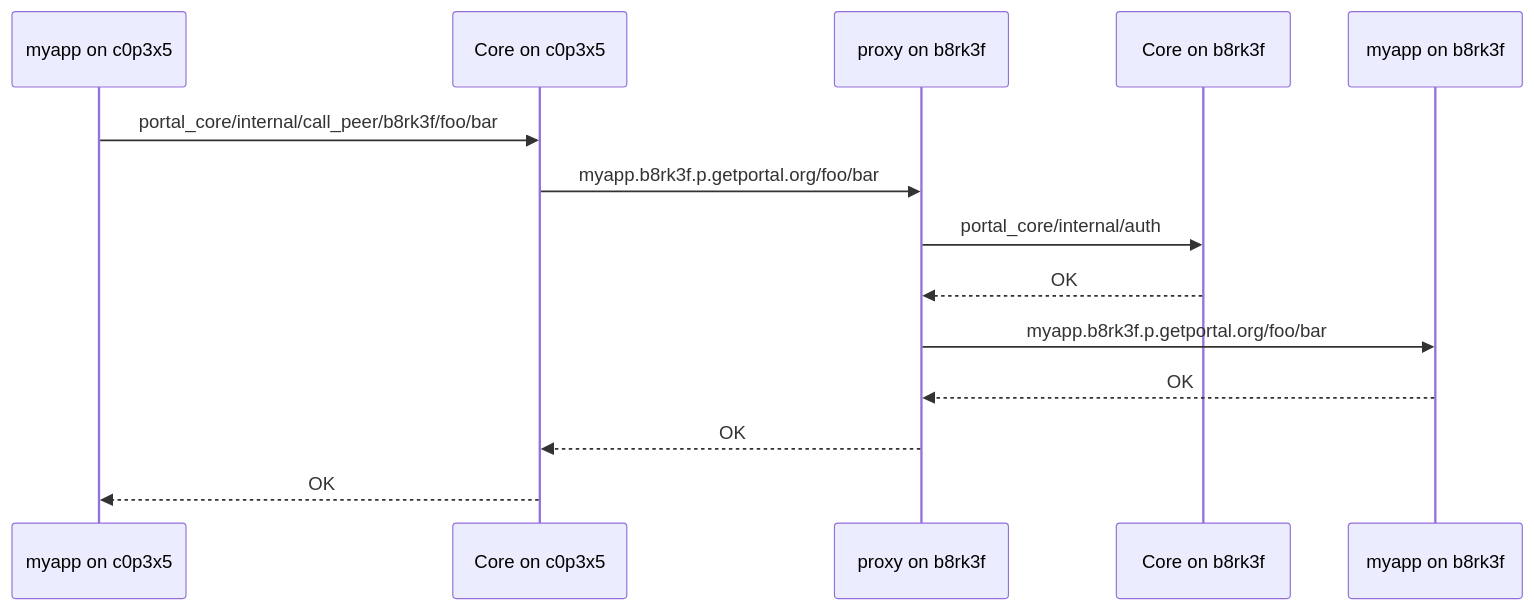
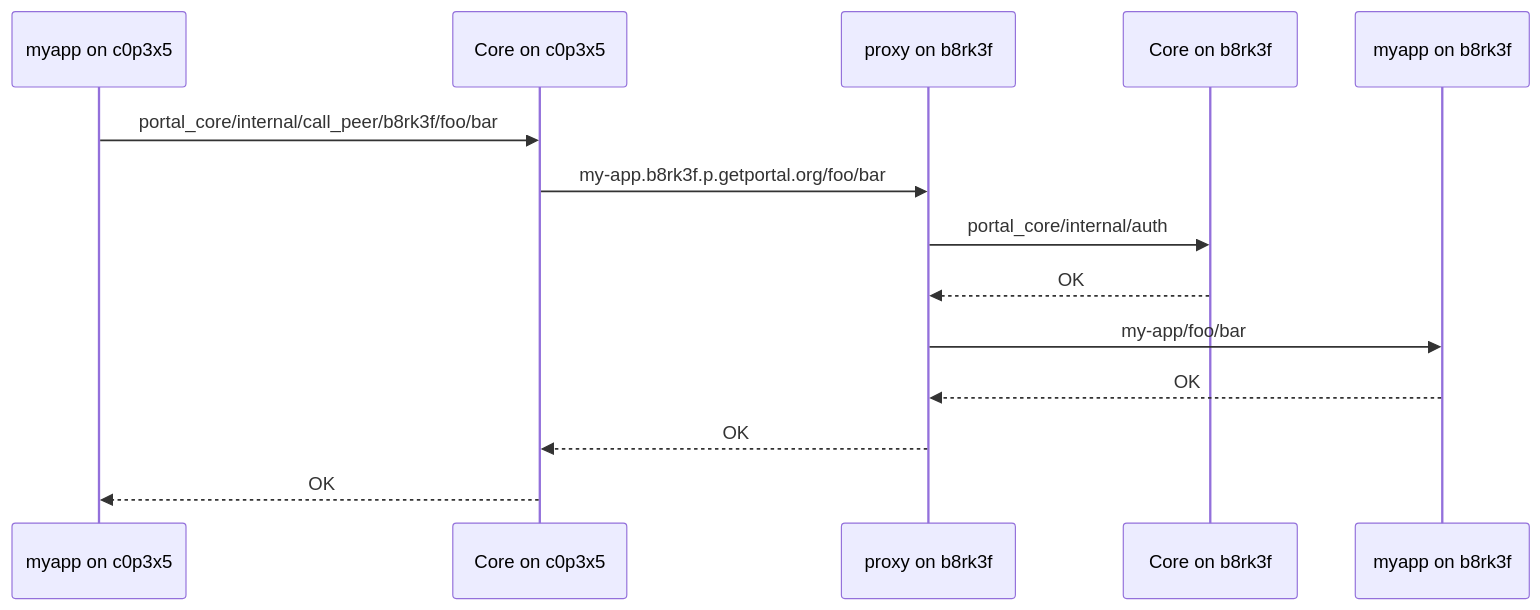
Before and after one commit to FreeshardBase/documentation: the diagram in docs/developer_docs/peering.md, drawn with Mermaid. The commit also changed other lines of this file and 12 other files, not shown here.

````diff
--- a/docs/developer_docs/peering.md
+++ b/docs/developer_docs/peering.md
@@ -90,17 +95,17 @@
 ``` mermaid
 sequenceDiagram
   participant Aa as myapp on c0p3x5
   participant Ac as Core on c0p3x5
   participant Bp as proxy on b8rk3f
   participant Bc as Core on b8rk3f
   participant Ba as myapp on b8rk3f
 
   Aa->>Ac:portal_core/internal/call_peer/b8rk3f/foo/bar
-  Ac->>Bp:myapp.b8rk3f.p.getportal.org/foo/bar
+  Ac->>Bp:my-app.b8rk3f.p.getportal.org/foo/bar
   Bp->>Bc:portal_core/internal/auth
   Bc-->>Bp:OK
-  Bp->>Ba:myapp.b8rk3f.p.getportal.org/foo/bar
+  Bp->>Ba:my-app/foo/bar
   Ba-->>Bp:OK
   Bp-->>Ac:OK
   Ac-->>Aa:OK
 ```
````
